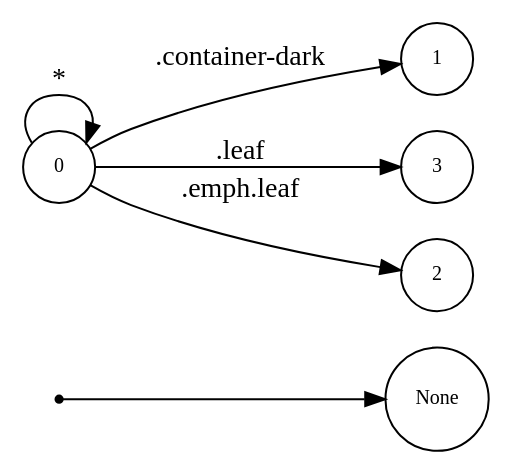
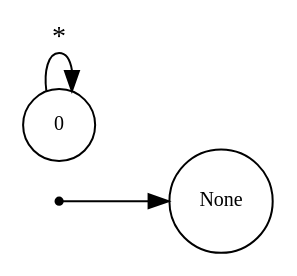
One commit to asukaminato0721/css-bitvector-compiler changed the diagram in css-gen-op/mass_skip/dot_tri.dot. Above: the diagram before and after it, drawn with Graphviz. The commit also changed 62 other files, not shown here.

```diff
--- a/css-gen-op/mass_skip/dot_tri.dot
+++ b/css-gen-op/mass_skip/dot_tri.dot
@@ -1,15 +1,8 @@
 digraph NFA {
   rankdir=LR;
   node [shape=circle, fontsize=10];
   __start [shape=point, label=""];
   __start -> None;
-  1 [label="1"];
   0 [label="0"];
-  3 [label="3"];
-  2 [label="2"];
-  { node [shape=doublecircle]; 1 2 3 }
   0 -> 0 [label="*"];
-  0 -> 1 [label=".container-dark"];
-  0 -> 2 [label=".emph.leaf"];
-  0 -> 3 [label=".leaf"];
 }
```
